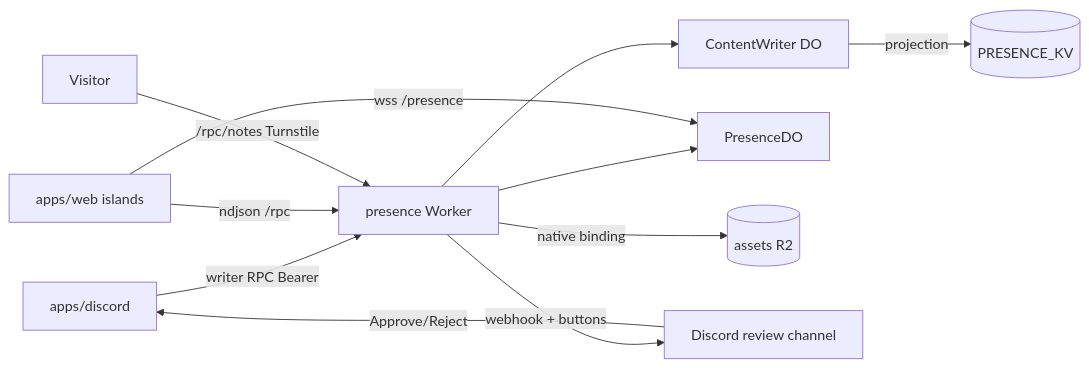
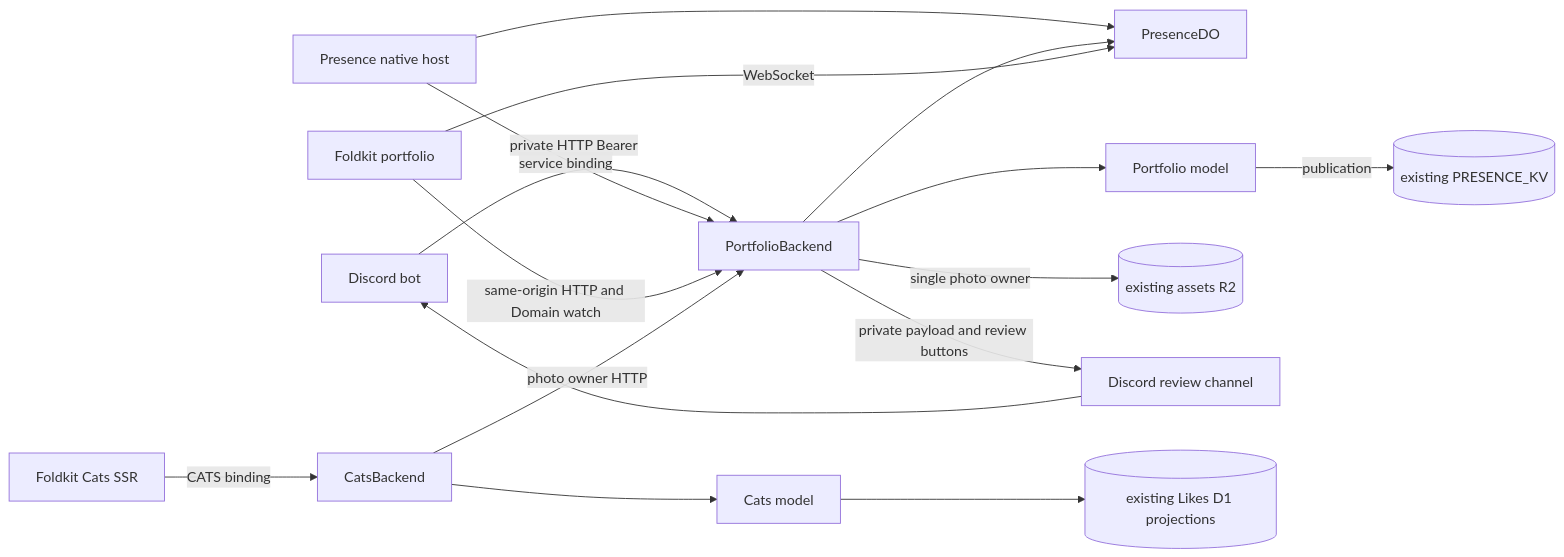
The diagram in AGENTS.md (ImArtisann/artisann-port), drawn with Mermaid before and after one commit. The commit also changed other lines of this file and 238 other files, not shown here.

Commit message:
refactor(domain): replaced RPC layer with event-sourced domain services (#16)

````diff
--- a/AGENTS.md
+++ b/AGENTS.md
@@ -33,13 +44,18 @@
 ```mermaid
 graph LR
-  Bot[apps/discord] -->|writer RPC Bearer| W[presence Worker]
-  W --> CW[ContentWriter DO]
-  W --> PD[PresenceDO]
-  CW -->|projection| KV[(PRESENCE_KV)]
-  W -->|native binding| R2[(assets R2)]
-  Site[apps/web islands] -->|ndjson /rpc| W
-  Site -->|wss /presence| PD
-  Visitor -->|/rpc/notes Turnstile| W
-  W -->|webhook + buttons| Review[Discord review channel]
-  Review -->|Approve/Reject| Bot
+  Bot[Discord bot] -->|private HTTP Bearer| Backend[PortfolioBackend]
+  Native[Presence native host] -->|service binding| Backend
+  Native --> Presence[PresenceDO]
+  Backend --> Portfolio[Portfolio model]
+  Backend --> Presence
+  Backend -->|single photo owner| R2[(existing assets R2)]
+  Portfolio -->|publication| KV[(existing PRESENCE_KV)]
+  Site[Foldkit portfolio] -->|same-origin HTTP and Domain watch| Backend
+  Site -->|WebSocket| Presence
+  Backend -->|private payload and review buttons| Review[Discord review channel]
+  Review --> Bot
+  CatsSite[Foldkit Cats SSR] -->|CATS binding| CatsBackend[CatsBackend]
+  CatsBackend --> Cats[Cats model]
+  Cats --> D1[(existing Likes D1 projections)]
+  CatsBackend -->|photo owner HTTP| Backend
 ```
````
